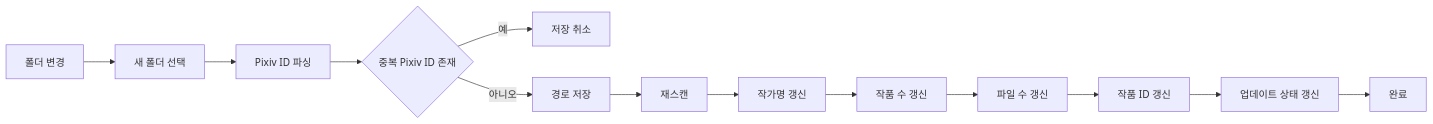
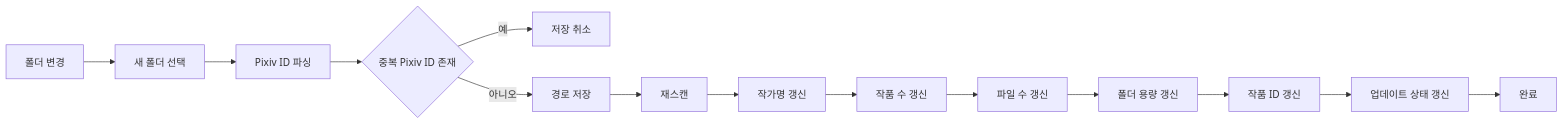
The tenth of 25 diagrams in docs/03_SYSTEM_FLOW.md (PKT0623/PixivLocalManager), drawn with Mermaid before and after one commit. The commit also changed other lines of this file and 10 other files, not shown here.

````diff
--- a/docs/03_SYSTEM_FLOW.md
+++ b/docs/03_SYSTEM_FLOW.md
@@ -100,22 +239,23 @@
 ```mermaid
 flowchart LR
 
 A[폴더 변경]
 
 A --> B[새 폴더 선택]
 B --> C[Pixiv ID 파싱]
 
 C --> D{중복 Pixiv ID 존재}
 
 D -->|예| E[저장 취소]
 D -->|아니오| F[경로 저장]
 
 F --> G[재스캔]
 G --> H[작가명 갱신]
 H --> I[작품 수 갱신]
 I --> J[파일 수 갱신]
-J --> K[작품 ID 갱신]
-K --> L[업데이트 상태 갱신]
+J --> K[폴더 용량 갱신]
+K --> L[작품 ID 갱신]
+L --> M[업데이트 상태 갱신]
 
-L --> M[완료]
+M --> N[완료]
 ```
````
